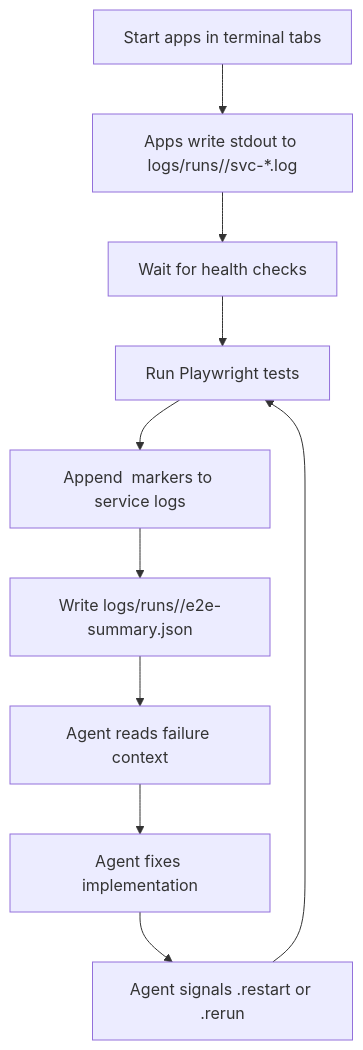
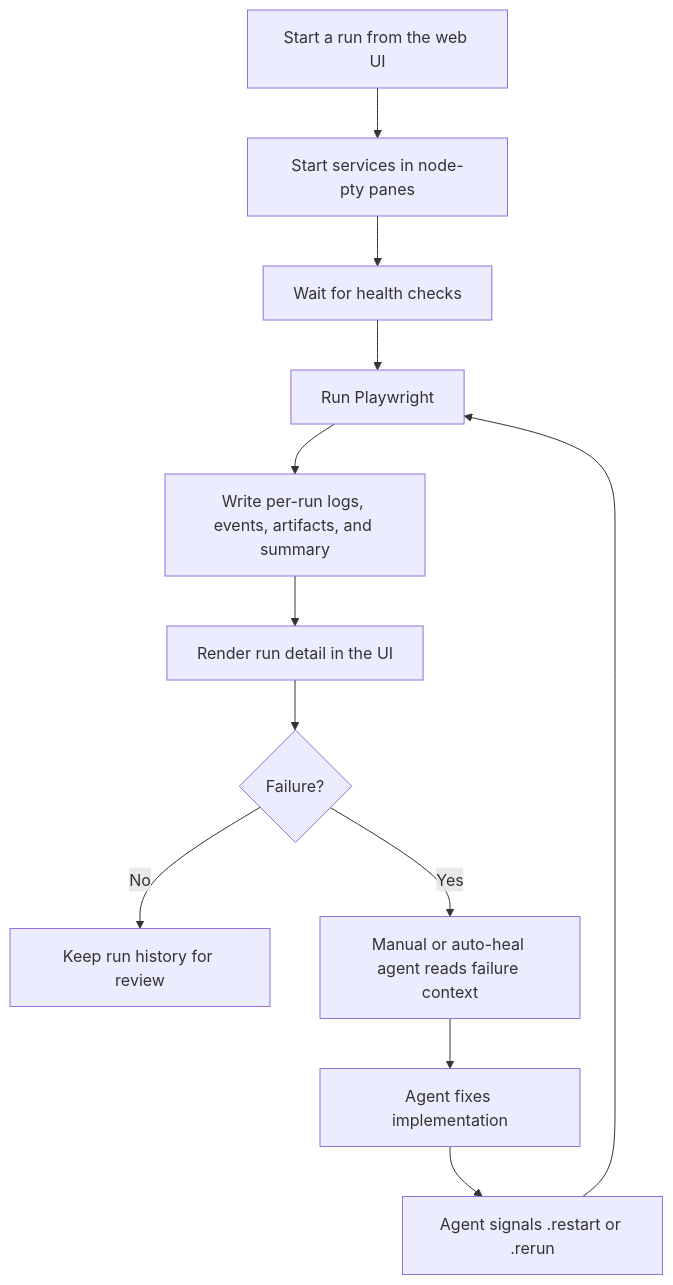
The first of 2 diagrams in README.md (ferterahadi/canary-lab), drawn with Mermaid before and after one commit. The commit also changed other lines of this file and 34 other files, not shown here.

First line of the commit message:
feat: update TestCasesColumn to hide assertion export when no tests are available

````diff
--- a/README.md
+++ b/README.md
@@ -208,12 +183,14 @@
 ```mermaid
 flowchart TD
-    A["Start apps in terminal tabs"] --> B["Apps write stdout to logs/runs/<runId>/svc-*.log"]
+    A["Start a run from the web UI"] --> B["Start services in node-pty panes"]
     B --> C["Wait for health checks"]
-    C --> D["Run Playwright tests"]
-    D --> E["Append <test-tag> markers to service logs"]
-    E --> F["Write logs/runs/<runId>/e2e-summary.json"]
-    F --> G["Agent reads failure context"]
-    G --> H["Agent fixes implementation"]
-    H --> I["Agent signals .restart or .rerun"]
-    I --> D
+    C --> D["Run Playwright"]
+    D --> E["Write per-run logs, events, artifacts, and summary"]
+    E --> F["Render run detail in the UI"]
+    F --> G{"Failure?"}
+    G -->|No| H["Keep run history for review"]
+    G -->|Yes| I["Manual or auto-heal agent reads failure context"]
+    I --> J["Agent fixes implementation"]
+    J --> K["Agent signals .restart or .rerun"]
+    K --> D
 ```
````
